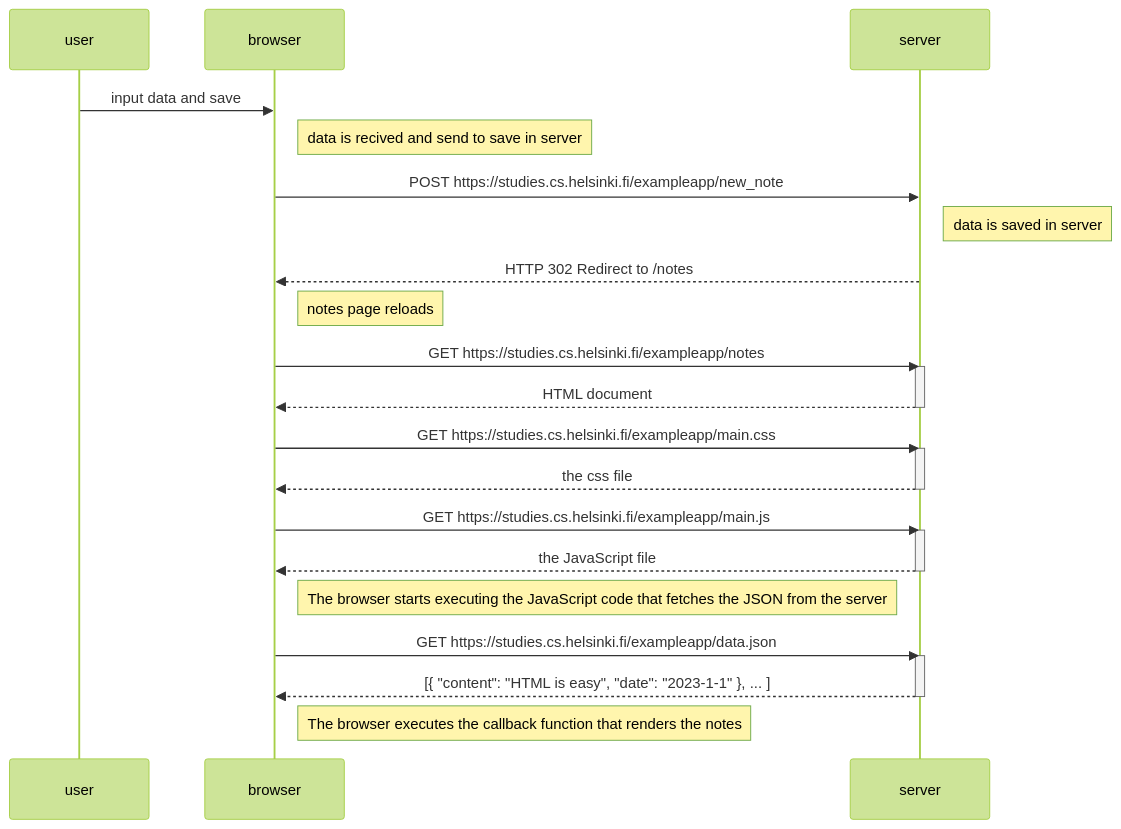
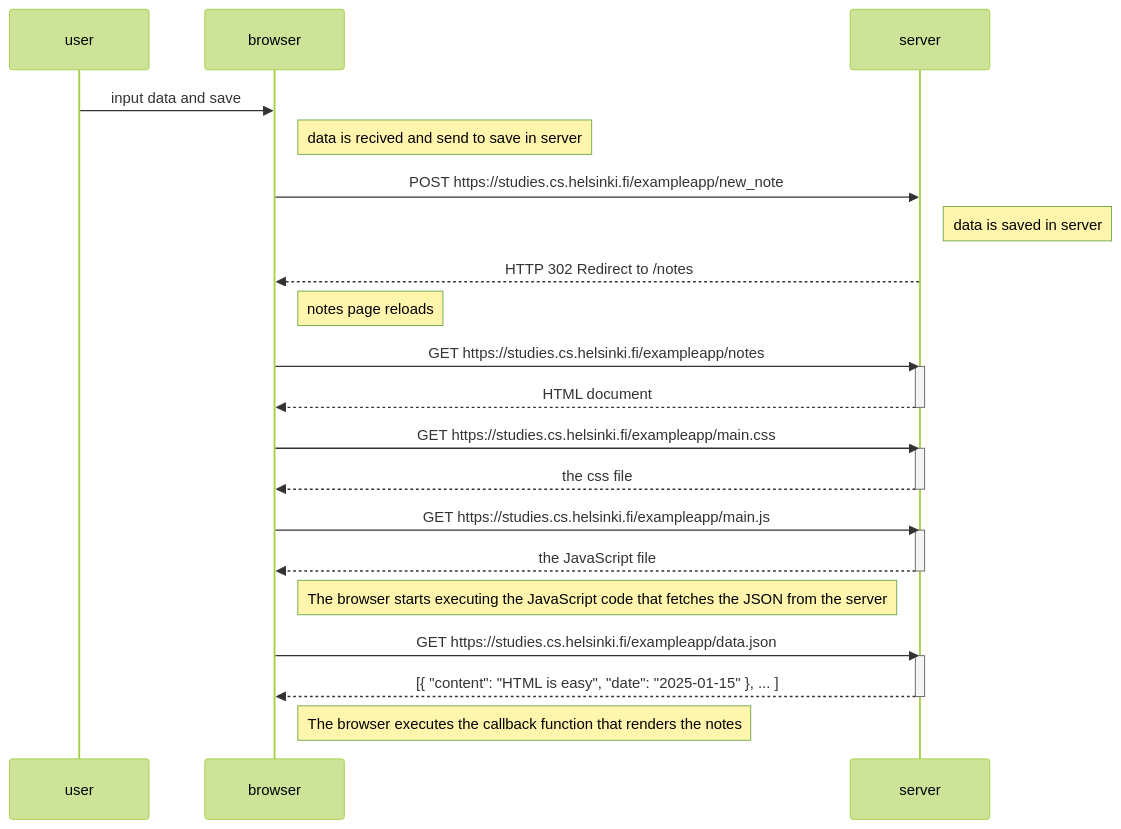
Before and after one commit to Adithya-009/Full_Stack: the diagram in part0/04.md, drawn with Mermaid (forest theme).

````diff
--- a/part0/04.md
+++ b/part0/04.md
@@ -1,40 +1,40 @@
 ```mermaid
 
     sequenceDiagram
         participant user
         participant browser
         participant server
 
         user->>browser: input data and save
         Note right of browser: data is recived and send to save in server
 
         browser->>server: POST https://studies.cs.helsinki.fi/exampleapp/new_note
         Note right of server: data is saved in server
         server-->>browser: HTTP 302 Redirect to /notes
         Note right of browser: notes page reloads
 
         browser->>server: GET https://studies.cs.helsinki.fi/exampleapp/notes
         activate server
         server-->>browser: HTML document
         deactivate server
 
         browser->>server: GET https://studies.cs.helsinki.fi/exampleapp/main.css
         activate server
         server-->>browser: the css file
         deactivate server
 
         browser->>server: GET https://studies.cs.helsinki.fi/exampleapp/main.js
         activate server
         server-->>browser: the JavaScript file
         deactivate server
 
         Note right of browser: The browser starts executing the JavaScript code that fetches the JSON from the server
 
         browser->>server: GET https://studies.cs.helsinki.fi/exampleapp/data.json
         activate server
-        server-->>browser: [{ "content": "HTML is easy", "date": "2023-1-1" }, ... ]
+        server-->>browser: [{ "content": "HTML is easy", "date": "2025-01-15" }, ... ]
         deactivate server
 
         Note right of browser: The browser executes the callback function that renders the notes
 
 ```
````
